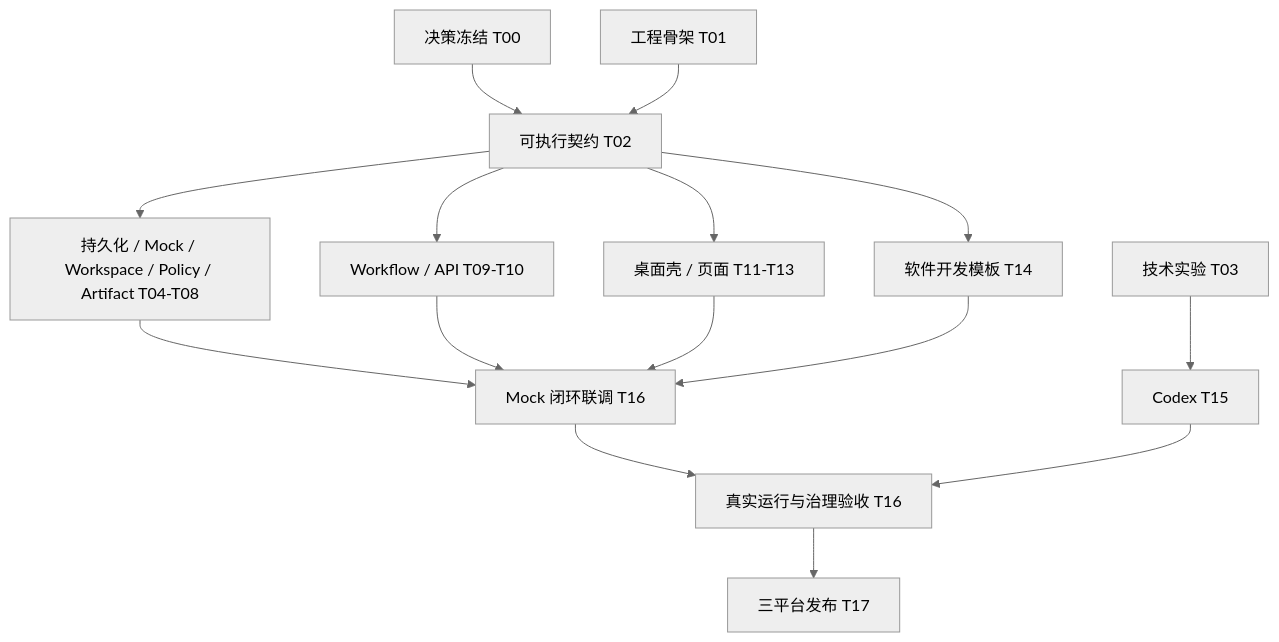
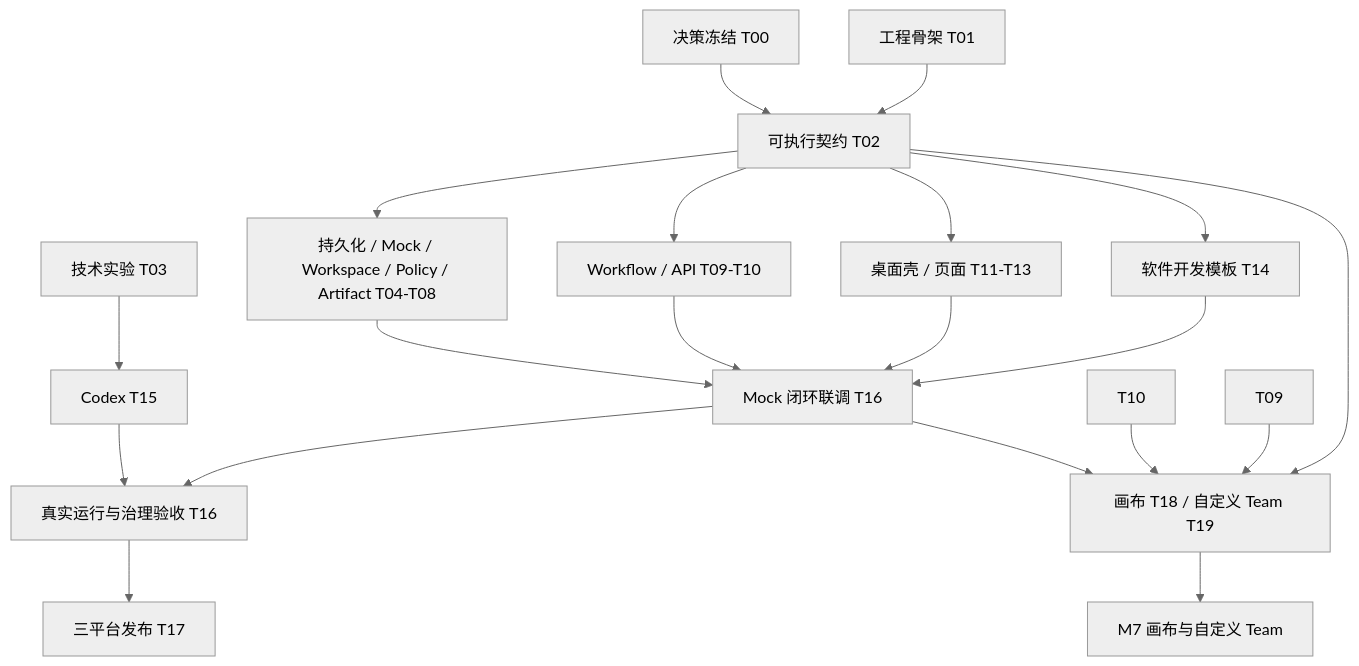
The diagram in docs/planning/02-development-task-backlog.md (nicechencs/workforce), drawn with Mermaid (neutral theme) before and after one commit. The commit also changed other lines of this file and 11 other files, not shown here.

First line of the commit message:
docs: commit canvas editor and custom Team orchestration

```diff
--- a/docs/planning/02-development-task-backlog.md
+++ b/docs/planning/02-development-task-backlog.md
@@ -31,17 +32,22 @@
 ~~~mermaid
 flowchart TD
   T00[决策冻结 T00] --> T02[可执行契约 T02]
   T01[工程骨架 T01] --> T02
   T03[技术实验 T03] --> T15[Codex T15]
   T02 --> Infra[持久化 / Mock / Workspace / Policy / Artifact T04-T08]
   T02 --> Core[Workflow / API T09-T10]
   T02 --> Desktop[桌面壳 / 页面 T11-T13]
   T02 --> Template[软件开发模板 T14]
   Infra --> M3[Mock 闭环联调 T16]
   Core --> M3
   Desktop --> M3
   Template --> M3
   M3 --> Live[真实运行与治理验收 T16]
   T15 --> Live
   Live --> T17[三平台发布 T17]
+  T02 --> Orchestration[画布 T18 / 自定义 Team T19]
+  T10 --> Orchestration
+  T09 --> Orchestration
+  M3 --> Orchestration
+  Orchestration --> M7[M7 画布与自定义 Team]
 ~~~
```
